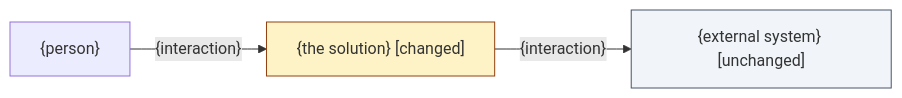
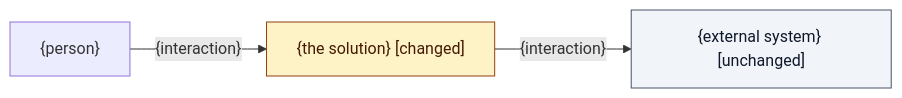
Before and after one commit to dkoenawan/compass-labs: the diagram in skills/session/templates/design/index.md, drawn with Mermaid. The commit also changed 29 other files, not shown here.

First line of the commit message:
fix: Diagram labels readable in dark mode (v2.2.1) — #66 (#76)

````diff
--- a/skills/session/templates/design/index.md
+++ b/skills/session/templates/design/index.md
@@ -40,12 +40,12 @@
 ```mermaid
 flowchart LR
-  classDef new fill:#DCFCE7,stroke:#166534
-  classDef changed fill:#FEF3C7,stroke:#92400E
-  classDef deprecated fill:#FEE2E2,stroke:#991B1B,stroke-dasharray:4 3
-  classDef unchanged fill:#F1F5F9,stroke:#475569
+  classDef new fill:#DCFCE7,stroke:#166534,color:#052E16
+  classDef changed fill:#FEF3C7,stroke:#92400E,color:#451A03
+  classDef deprecated fill:#FEE2E2,stroke:#991B1B,color:#450A0A,stroke-dasharray:4 3
+  classDef unchanged fill:#F1F5F9,stroke:#475569,color:#0F172A
   U["{person}"]
   S["{the solution} [changed]"]:::changed
   X["{external system} [unchanged]"]:::unchanged
   U -->|"{interaction}"| S
   S -->|"{interaction}"| X
 ```
````
